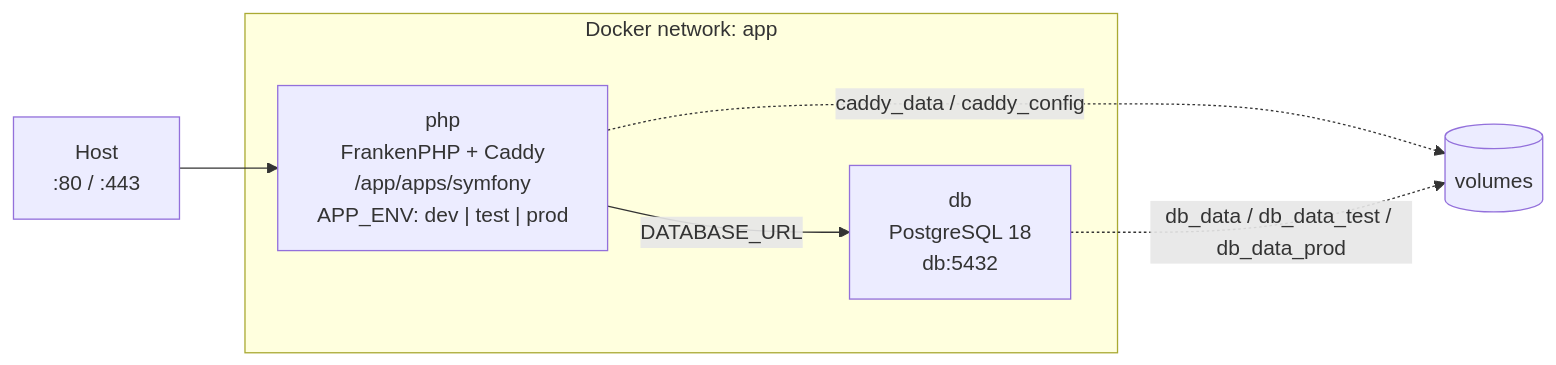
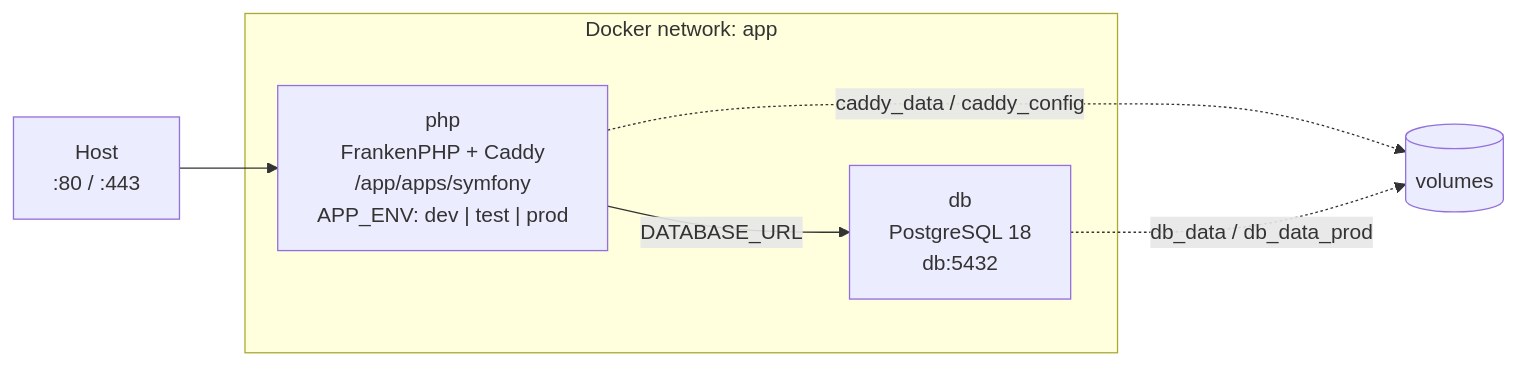
The diagram in docs/docker.md (Koaden/symfony-hexa-archi-template), drawn with Mermaid before and after one commit. The commit also changed other lines of this file and 21 other files, not shown here.

````diff
--- a/docs/docker.md
+++ b/docs/docker.md
@@ -7,13 +7,13 @@
 ```mermaid
 flowchart LR
     H["Host<br/>:80 / :443"] --> P
 
     subgraph APP["Docker network: app"]
         P["php<br/>FrankenPHP + Caddy<br/>/app/apps/symfony<br/>APP_ENV: dev | test | prod"]
         D["db<br/>PostgreSQL 18<br/>db:5432"]
         P -->|"DATABASE_URL"| D
     end
 
     P -.->|"caddy_data / caddy_config"| CV[("volumes")]
-    D -.->|"db_data / db_data_test / db_data_prod"| CV
+    D -.->|"db_data / db_data_prod"| CV
 ```
````
